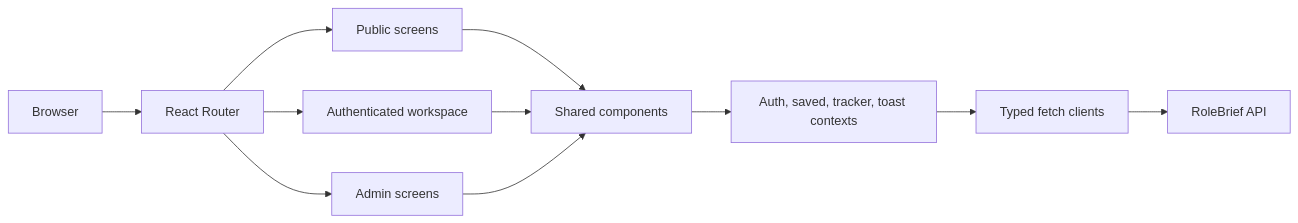
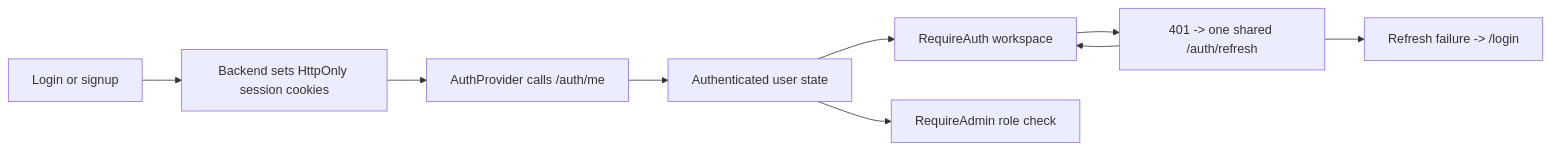
The third of 3 diagrams in frontend/README.md (YounasKhan2/rolebrief), drawn with Mermaid before and after one commit. The commit also changed other lines of this file and 1 other file, not shown here.

````diff
--- a/frontend/README.md
+++ b/frontend/README.md
@@ -31,13 +198,11 @@
 ```mermaid
 flowchart LR
-    Browser[Browser] --> Router[React Router]
-    Router --> Public[Public screens]
-    Router --> Workspace[Authenticated workspace]
-    Router --> Admin[Admin screens]
-    Public --> Components[Shared components]
-    Workspace --> Components
-    Admin --> Components
-    Components --> Contexts[Auth, saved, tracker, toast contexts]
-    Contexts --> Api[Typed fetch clients]
-    Api --> Backend[RoleBrief API]
+    Login[Login or signup] --> Cookie[Backend sets HttpOnly session cookies]
+    Cookie --> Me[AuthProvider calls /auth/me]
+    Me --> User[Authenticated user state]
+    User --> Protected[RequireAuth workspace]
+    User --> AdminCheck[RequireAdmin role check]
+    Protected --> Refresh[401 -> one shared /auth/refresh]
+    Refresh --> Protected
+    Refresh --> ReLogin[Refresh failure -> /login]
 ```
````
